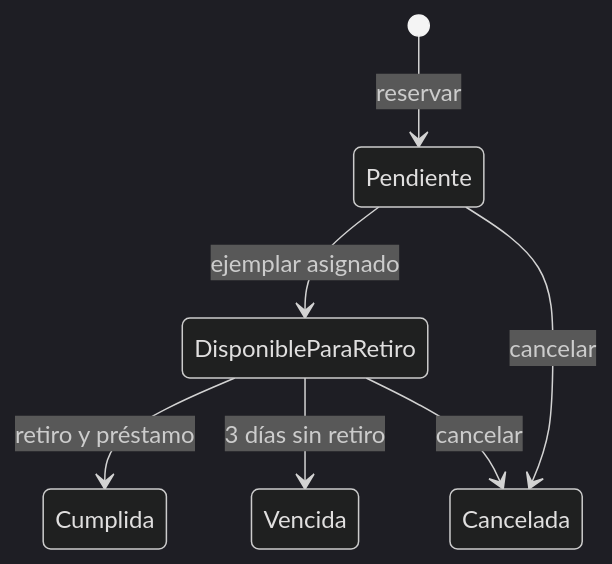
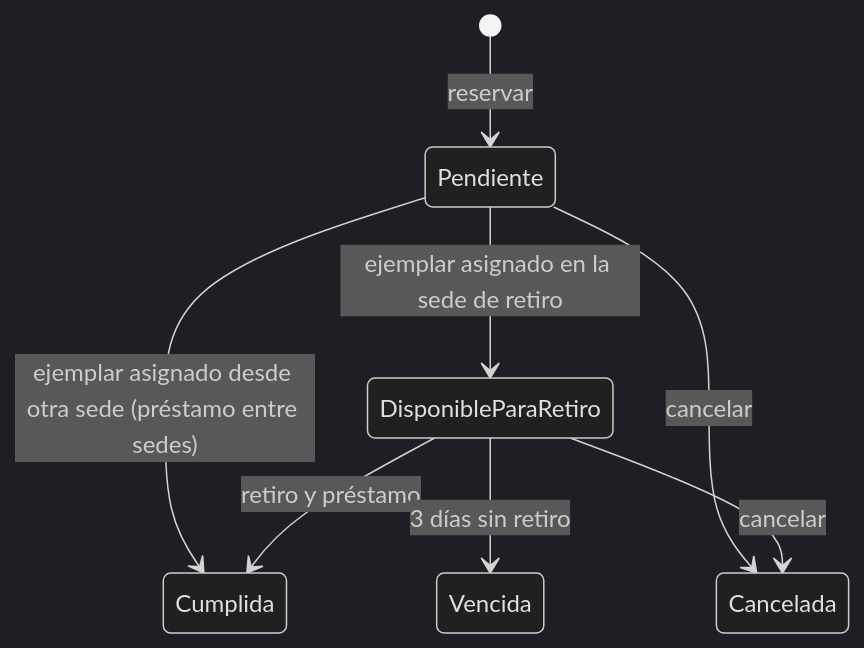
Before and after one commit to Maximiliano018/TPI-DAO: the sixth of 7 diagrams in docs/tecnica/03-maquinas-de-estado.md, drawn with Mermaid (dark theme). The commit also changed other lines of this file and 41 other files, not shown here.

````diff
--- a/docs/tecnica/03-maquinas-de-estado.md
+++ b/docs/tecnica/03-maquinas-de-estado.md
@@ -192,9 +192,10 @@
 ```mermaid
 stateDiagram-v2
     [*] --> Pendiente : reservar
-    Pendiente --> DisponibleParaRetiro : ejemplar asignado
+    Pendiente --> DisponibleParaRetiro : ejemplar asignado en la sede de retiro
+    Pendiente --> Cumplida : ejemplar asignado desde otra sede (préstamo entre sedes)
     Pendiente --> Cancelada : cancelar
     DisponibleParaRetiro --> Cumplida : retiro y préstamo
     DisponibleParaRetiro --> Vencida : 3 días sin retiro
     DisponibleParaRetiro --> Cancelada : cancelar
 ```
````
